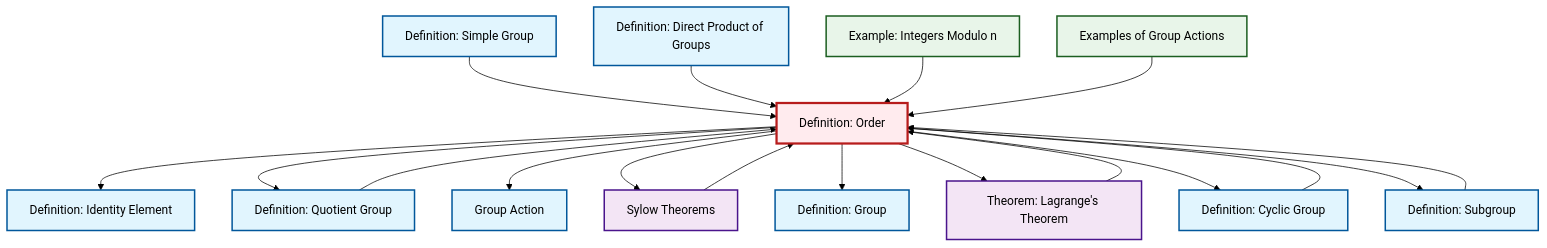
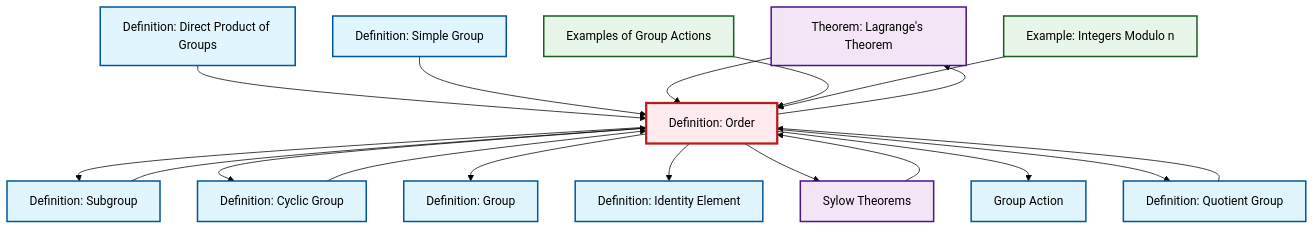
The diagram in content/en/algebra/def-order.qmd (RK0429/ModernMath), drawn with Mermaid (forest theme) before and after one commit. The commit also changed other lines of this file and 1069 other files, not shown here.

````diff
--- a/content/en/algebra/def-order.qmd
+++ b/content/en/algebra/def-order.qmd
@@ -80,52 +80,52 @@
 ```{mermaid}
 %%| fig-cap: "Local dependency graph"
 graph TD
     classDef definition fill:#e1f5fe,stroke:#01579b,stroke-width:2px
     classDef theorem fill:#f3e5f5,stroke:#4a148c,stroke-width:2px
     classDef axiom fill:#fff3e0,stroke:#e65100,stroke-width:2px
     classDef example fill:#e8f5e9,stroke:#1b5e20,stroke-width:2px
     classDef current fill:#ffebee,stroke:#b71c1c,stroke-width:3px
-    def-simple-group["Definition: Simple Group"]:::definition
+    thm-lagrange["Theorem: Lagrange's Theorem"]:::theorem
     def-cyclic-group["Definition: Cyclic Group"]:::definition
-    def-group["Definition: Group"]:::definition
     thm-sylow["Sylow Theorems"]:::theorem
     def-order["Definition: Order"]:::definition
+    def-direct-product["Definition: Direct Product of Groups"]:::definition
+    def-subgroup["Definition: Subgroup"]:::definition
+    ex-group-action-examples["Examples of Group Actions"]:::example
     def-quotient-group["Definition: Quotient Group"]:::definition
-    thm-lagrange["Theorem: Lagrange's Theorem"]:::theorem
-    def-subgroup["Definition: Subgroup"]:::definition
-    def-direct-product["Definition: Direct Product of Groups"]:::definition
     def-identity-element["Definition: Identity Element"]:::definition
-    ex-group-action-examples["Examples of Group Actions"]:::example
+    ex-quotient-integers-mod-n["Example: Integers Modulo n"]:::example
+    def-simple-group["Definition: Simple Group"]:::definition
     def-group-action["Group Action"]:::definition
-    ex-quotient-integers-mod-n["Example: Integers Modulo n"]:::example
+    def-group["Definition: Group"]:::definition
+    def-order --> def-subgroup
+    def-direct-product --> def-order
+    def-order --> def-cyclic-group
+    def-order --> def-group
+    def-cyclic-group --> def-order
+    def-quotient-group --> def-order
     def-simple-group --> def-order
+    thm-lagrange --> def-order
+    ex-group-action-examples --> def-order
     def-order --> def-identity-element
-    def-cyclic-group --> def-order
+    def-order --> thm-sylow
     def-subgroup --> def-order
+    ex-quotient-integers-mod-n --> def-order
+    def-order --> def-group-action
+    thm-sylow --> def-order
     def-order --> def-quotient-group
-    def-direct-product --> def-order
-    def-order --> def-group-action
-    def-order --> thm-sylow
-    def-order --> def-group
-    thm-sylow --> def-order
-    def-quotient-group --> def-order
     def-order --> thm-lagrange
-    def-order --> def-cyclic-group
-    ex-quotient-integers-mod-n --> def-order
-    ex-group-action-examples --> def-order
-    thm-lagrange --> def-order
-    def-order --> def-subgroup
     class def-order current
+    click thm-lagrange "thm-lagrange.html" "Go to Lagrange's Theorem theorem"
+    click def-cyclic-group "def-cyclic-group.html" "Go to Cyclic Group definition"
+    click thm-sylow "thm-sylow.html" "Go to Sylow Theorems"
+    click def-direct-product "def-direct-product.html" "Go to Direct Product of Groups definition"
+    click def-subgroup "def-subgroup.html" "Go to Subgroup definition"
+    click ex-group-action-examples "ex-group-action-examples.html" "Go to Examples of Group Actions"
+    click def-quotient-group "def-quotient-group.html" "Go to Quotient Group definition"
+    click def-identity-element "def-identity-element.html" "Go to Identity Element definition"
+    click ex-quotient-integers-mod-n "ex-quotient-integers-mod-n.html" "Go to Integers Modulo n example"
     click def-simple-group "def-simple-group.html" "Go to Simple Group definition"
-    click def-cyclic-group "def-cyclic-group.html" "Go to Cyclic Group definition"
+    click def-group-action "def-group-action.html" "Go to Group Action"
     click def-group "def-group.html" "Go to Group definition"
-    click thm-sylow "thm-sylow.html" "Go to Sylow Theorems"
-    click def-quotient-group "def-quotient-group.html" "Go to Quotient Group definition"
-    click thm-lagrange "thm-lagrange.html" "Go to Lagrange's Theorem theorem"
-    click def-subgroup "def-subgroup.html" "Go to Subgroup definition"
-    click def-direct-product "def-direct-product.html" "Go to Direct Product of Groups definition"
-    click def-identity-element "def-identity-element.html" "Go to Identity Element definition"
-    click ex-group-action-examples "ex-group-action-examples.html" "Go to Examples of Group Actions"
-    click def-group-action "def-group-action.html" "Go to Group Action"
-    click ex-quotient-integers-mod-n "ex-quotient-integers-mod-n.html" "Go to Integers Modulo n example"
 ```
````
